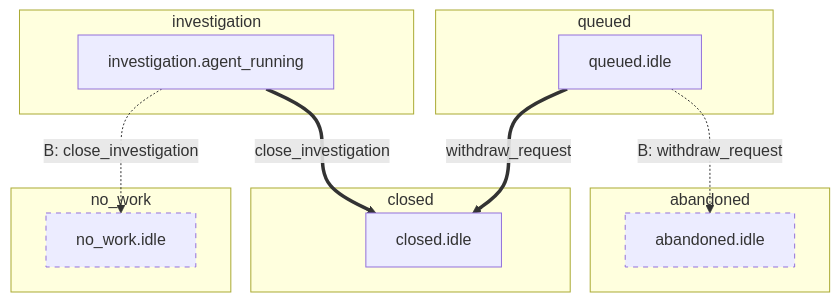
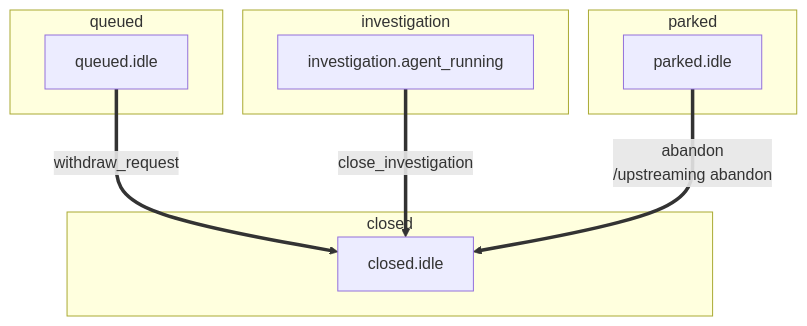
The fifth of 52 diagrams in docs/state-machine/decisions.md (riseproject-dev/porting-agent), drawn with Mermaid before and after one commit. The commit also changed other lines of this file and 9 other files, not shown here.

````diff
--- a/docs/state-machine/decisions.md
+++ b/docs/state-machine/decisions.md
@@ -140,24 +135,19 @@
 ```mermaid
 flowchart TB
     subgraph queued["queued"]
         queued_idle["queued.idle"]
     end
     subgraph investigation["investigation"]
         investigation_agent_running["investigation.agent_running"]
     end
+    subgraph parked["parked"]
+        parked_idle["parked.idle"]
+    end
     subgraph closed["closed"]
         closed_idle["closed.idle"]
-    end
-    subgraph abandoned["abandoned"]
-        abandoned_idle["abandoned.idle"]:::proposed
-    end
-    subgraph no_work["no_work"]
-        no_work_idle["no_work.idle"]:::proposed
     end
 
     queued_idle ==>|withdraw_request| closed_idle
     investigation_agent_running ==>|close_investigation| closed_idle
-    queued_idle -.->|"B: withdraw_request"| abandoned_idle
-    investigation_agent_running -.->|"B: close_investigation"| no_work_idle
-    classDef proposed stroke-dasharray: 5 5
+    parked_idle ==>|abandon<br/>/upstreaming abandon| closed_idle
 ```
````
